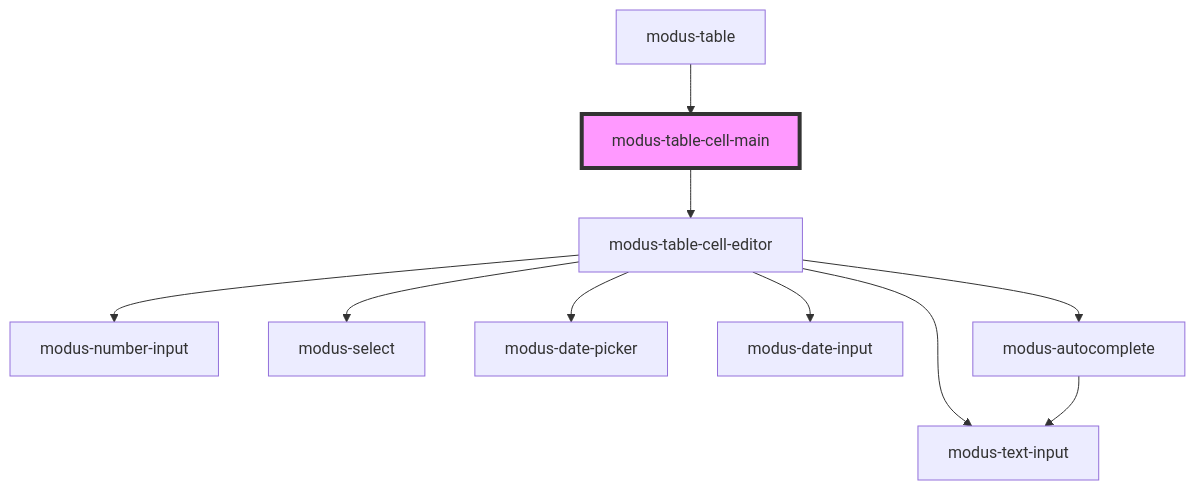
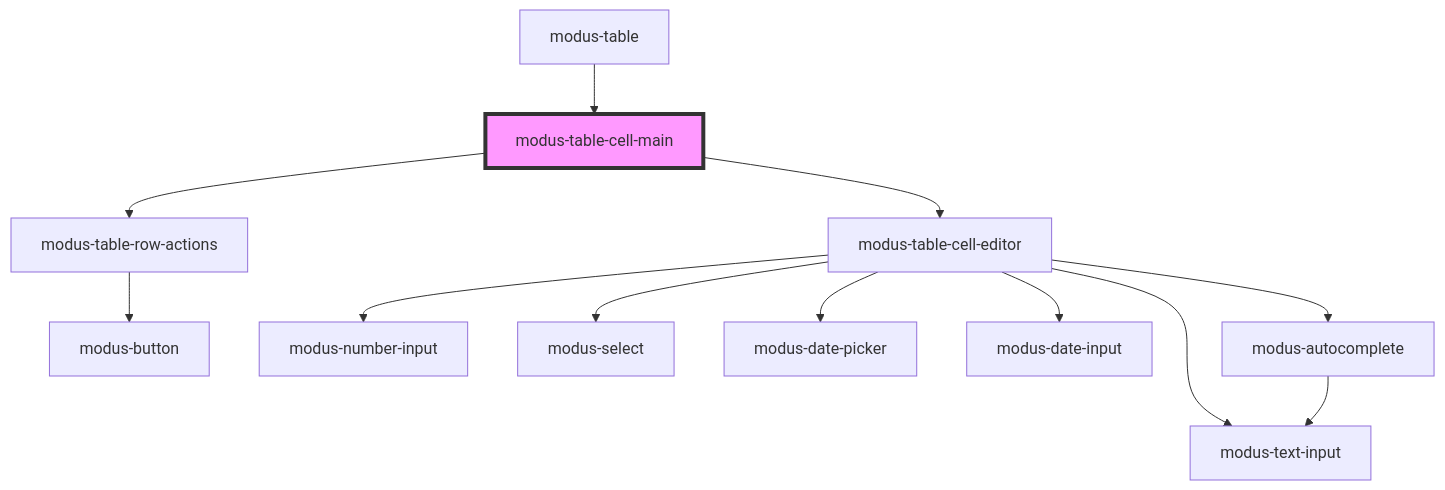
One commit to trimble-oss/modus-web-components changed the diagram in stencil-workspace/src/components/modus-table/parts/cell/modus-table-cell-main/readme.md. Above: the diagram before and after it, drawn with Mermaid. The commit also changed other lines of this file and 42 other files, not shown here.

Commit message:
Added support for row actions in Modus Table

````diff
--- a/stencil-workspace/src/components/modus-table/parts/cell/modus-table-cell-main/readme.md
+++ b/stencil-workspace/src/components/modus-table/parts/cell/modus-table-cell-main/readme.md
@@ -30,13 +31,15 @@
 ```mermaid
 graph TD;
+  modus-table-cell-main --> modus-table-row-actions
   modus-table-cell-main --> modus-table-cell-editor
+  modus-table-row-actions --> modus-button
   modus-table-cell-editor --> modus-number-input
   modus-table-cell-editor --> modus-text-input
   modus-table-cell-editor --> modus-select
   modus-table-cell-editor --> modus-date-picker
   modus-table-cell-editor --> modus-date-input
   modus-table-cell-editor --> modus-autocomplete
   modus-autocomplete --> modus-text-input
   modus-table --> modus-table-cell-main
   style modus-table-cell-main fill:#f9f,stroke:#333,stroke-width:4px
 ```
````
